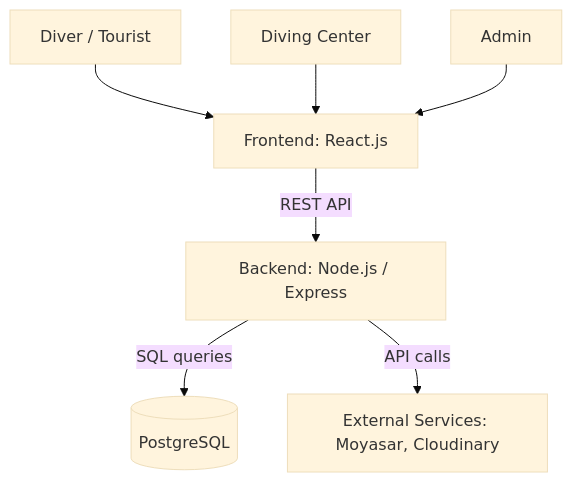
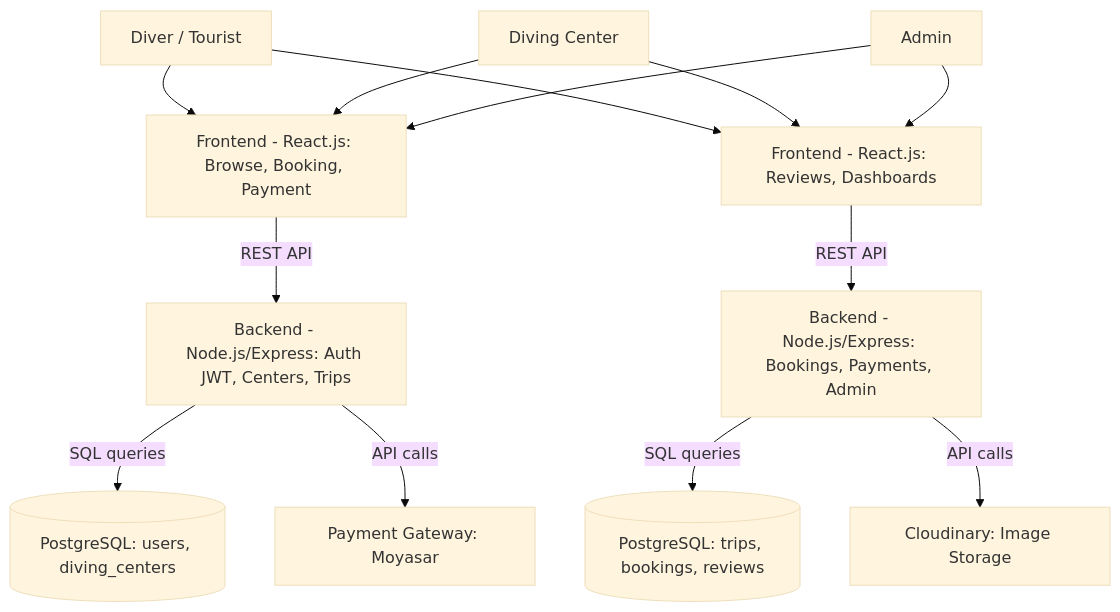
One commit to laradreamer79/Portfolio-Project changed the first of 6 diagrams in stage3/README.md. Above: the diagram before and after it, drawn with Mermaid (base theme).

Commit message:
Restore all original detail nodes (Browse/Booking, Reviews/Dashboards, Auth/Centers, etc.) without losing any data while keeping the simplified flat style

````diff
--- a/stage3/README.md
+++ b/stage3/README.md
@@ -81,17 +81,30 @@
 ```mermaid
 flowchart TB
     actor1[Diver / Tourist]
     actor2[Diving Center]
     actor3[Admin]
-    Frontend[Frontend: React.js]
-    Backend[Backend: Node.js / Express]
-    Database[(PostgreSQL)]
-    External[External Services: Moyasar, Cloudinary]
+    F1[Frontend - React.js: Browse, Booking, Payment]
+    F2[Frontend - React.js: Reviews, Dashboards]
+    B1[Backend - Node.js/Express: Auth JWT, Centers, Trips]
+    B2[Backend - Node.js/Express: Bookings, Payments, Admin]
+    D1[(PostgreSQL: users, diving_centers)]
+    D2[(PostgreSQL: trips, bookings, reviews)]
+    E1[Payment Gateway: Moyasar]
+    E2[Cloudinary: Image Storage]
 
-    actor1 --> Frontend
-    actor2 --> Frontend
-    actor3 --> Frontend
-    Frontend -->|REST API| Backend
-    Backend -->|SQL queries| Database
-    Backend -->|API calls| External
+    actor1 --> F1
+    actor1 --> F2
+    actor2 --> F1
+    actor2 --> F2
+    actor3 --> F1
+    actor3 --> F2
+
+    F1 -->|REST API| B1
+    F2 -->|REST API| B2
+
+    B1 -->|SQL queries| D1
+    B2 -->|SQL queries| D2
+
+    B1 -->|API calls| E1
+    B2 -->|API calls| E2
 ```
````
